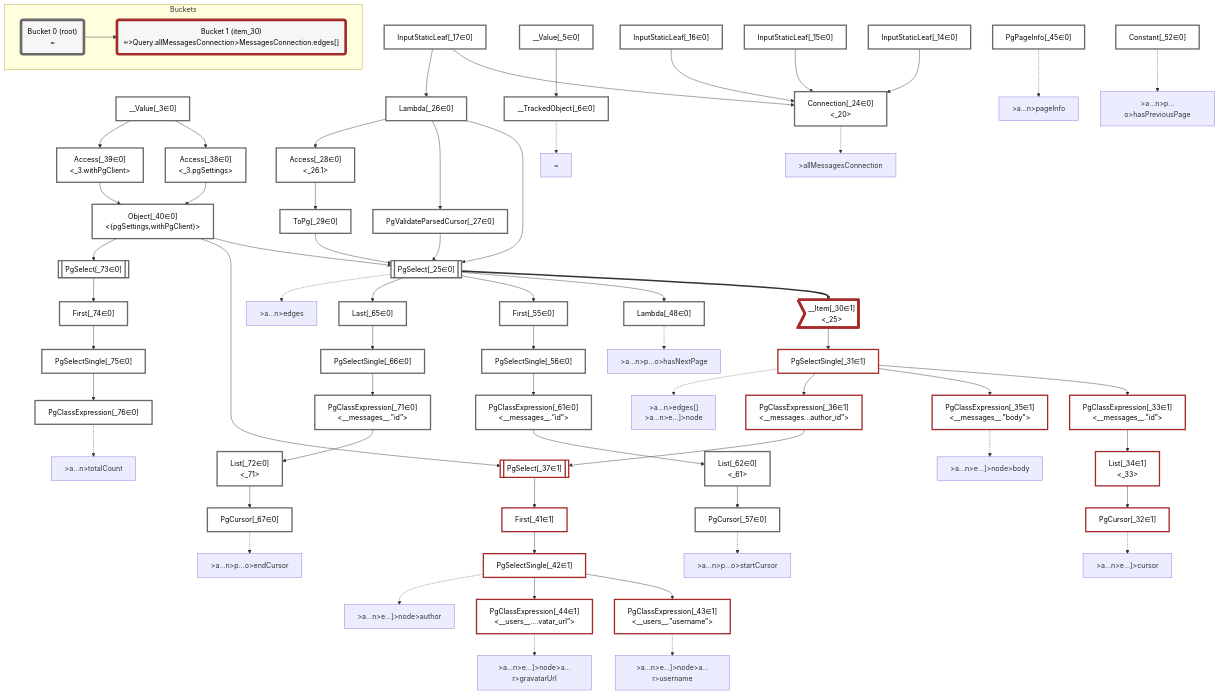
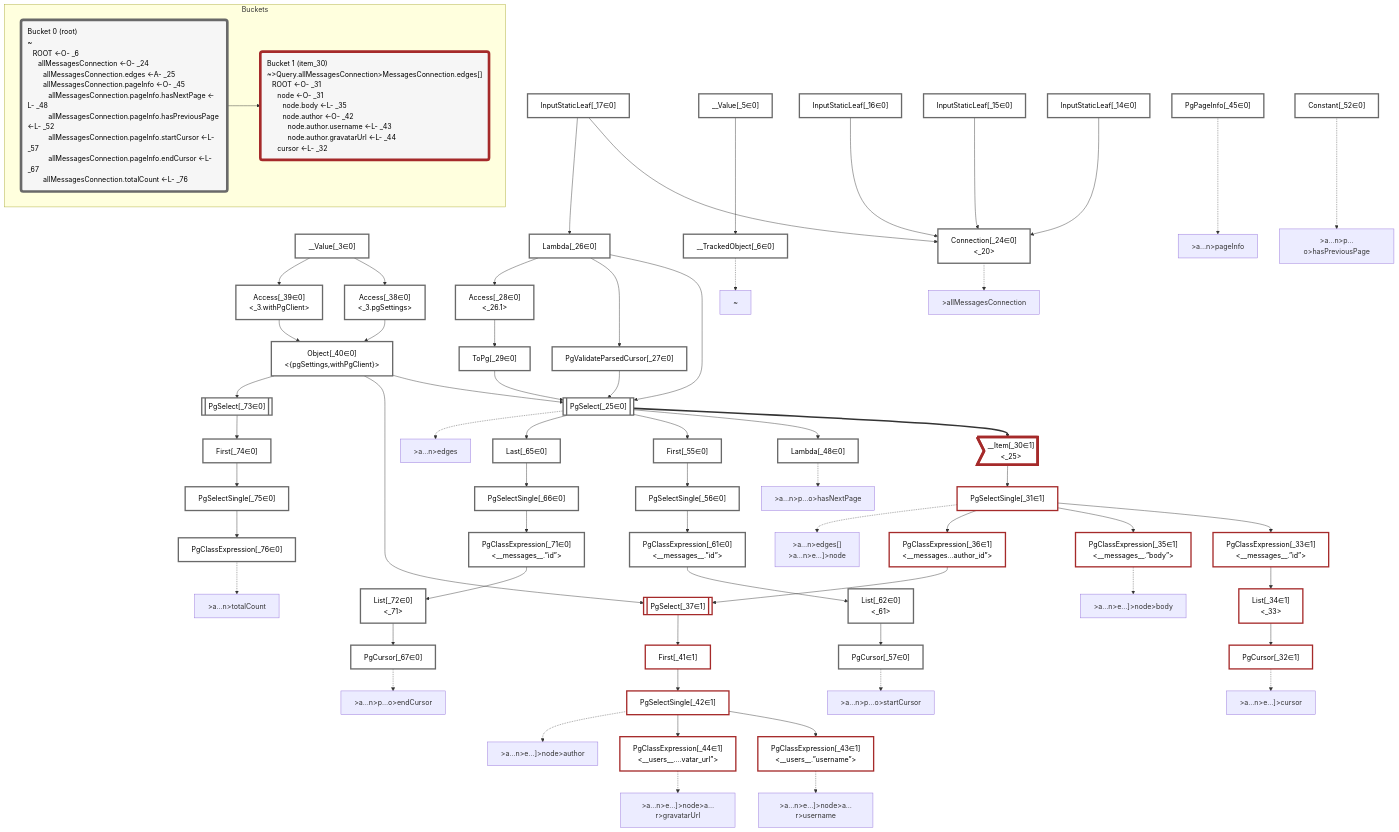
One commit to graphile/crystal changed the diagram in packages/dataplan-pg/__tests__/queries/connections/pagination-before-end.deopt.mermaid.md. Above: the diagram before and after it, drawn with Mermaid. The commit also changed 195 other files, not shown here.

```diff
--- a/packages/dataplan-pg/__tests__/queries/connections/pagination-before-end.deopt.mermaid.md
+++ b/packages/dataplan-pg/__tests__/queries/connections/pagination-before-end.deopt.mermaid.md
@@ -4,7 +4,7 @@
     classDef plan fill:#fff,stroke-width:3px,color:#000
     classDef itemplan fill:#fff,stroke-width:6px,color:#000
     classDef sideeffectplan fill:#f00,stroke-width:6px,color:#000
-    classDef bucket fill:#f6f6f6,color:#000,stroke-width:6px
+    classDef bucket fill:#f6f6f6,color:#000,stroke-width:6px,text-align:left
 
 
     %% define plans
@@ -140,9 +140,9 @@
     class __Item_30,PgSelectSingle_31,PgCursor_32,PgClassExpression_33,List_34,PgClassExpression_35,PgClassExpression_36,PgSelect_37,First_41,PgSelectSingle_42,PgClassExpression_43,PgClassExpression_44 bucket1
 
     subgraph Buckets
-    Bucket0("Bucket 0 (root)<br />~"):::bucket
+    Bucket0("Bucket 0 (root)<br />~<br />⠀ROOT <-O- _6<br />⠀⠀allMessagesConnection <-O- _24<br />⠀⠀⠀allMessagesConnection.edges <-A- _25<br />⠀⠀⠀allMessagesConnection.pageInfo <-O- _45<br />⠀⠀⠀⠀allMessagesConnection.pageInfo.hasNextPage <-L- _48<br />⠀⠀⠀⠀allMessagesConnection.pageInfo.hasPreviousPage <-L- _52<br />⠀⠀⠀⠀allMessagesConnection.pageInfo.startCursor <-L- _57<br />⠀⠀⠀⠀allMessagesConnection.pageInfo.endCursor <-L- _67<br />⠀⠀⠀allMessagesConnection.totalCount <-L- _76"):::bucket
     style Bucket0 stroke:#696969
-    Bucket1("Bucket 1 (item_30)<br />~>Query.allMessagesConnection>MessagesConnection.edges[]"):::bucket
+    Bucket1("Bucket 1 (item_30)<br />~>Query.allMessagesConnection>MessagesConnection.edges[]<br />⠀ROOT <-O- _31<br />⠀⠀node <-O- _31<br />⠀⠀⠀node.body <-L- _35<br />⠀⠀⠀node.author <-O- _42<br />⠀⠀⠀⠀node.author.username <-L- _43<br />⠀⠀⠀⠀node.author.gravatarUrl <-L- _44<br />⠀⠀cursor <-L- _32"):::bucket
     style Bucket1 stroke:#a52a2a
     Bucket0 --> Bucket1
     end
```
